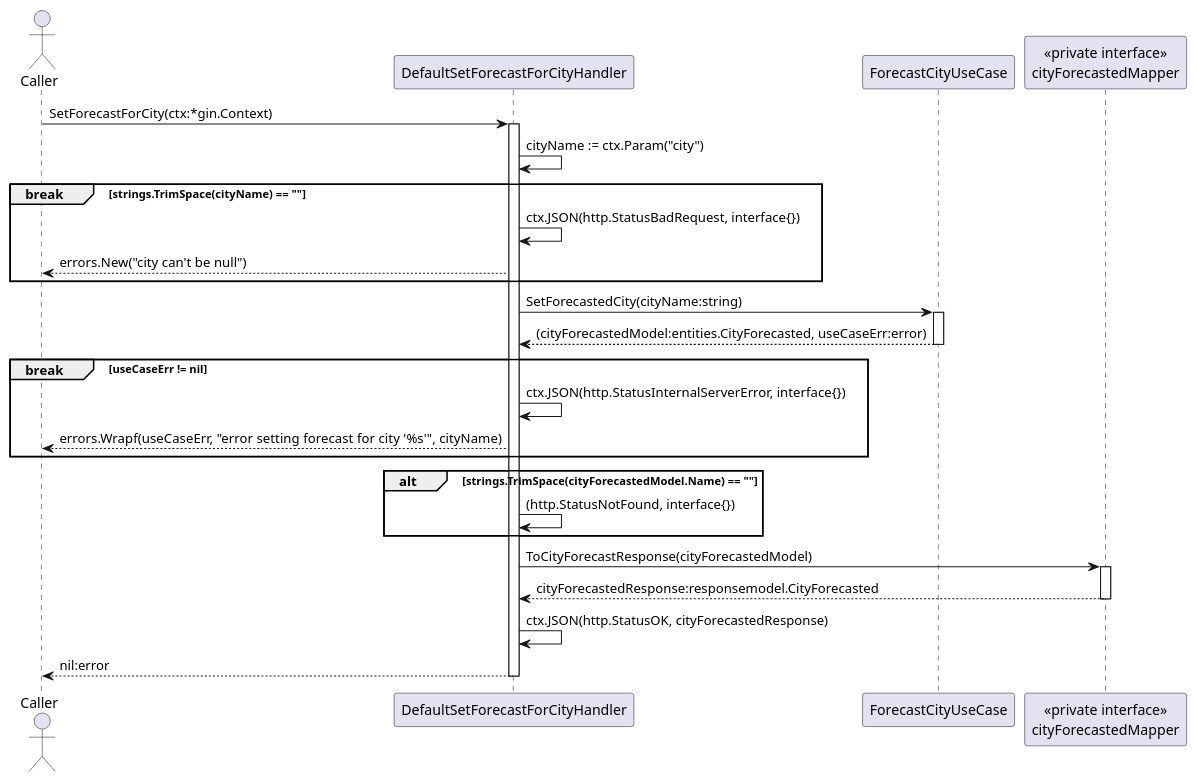
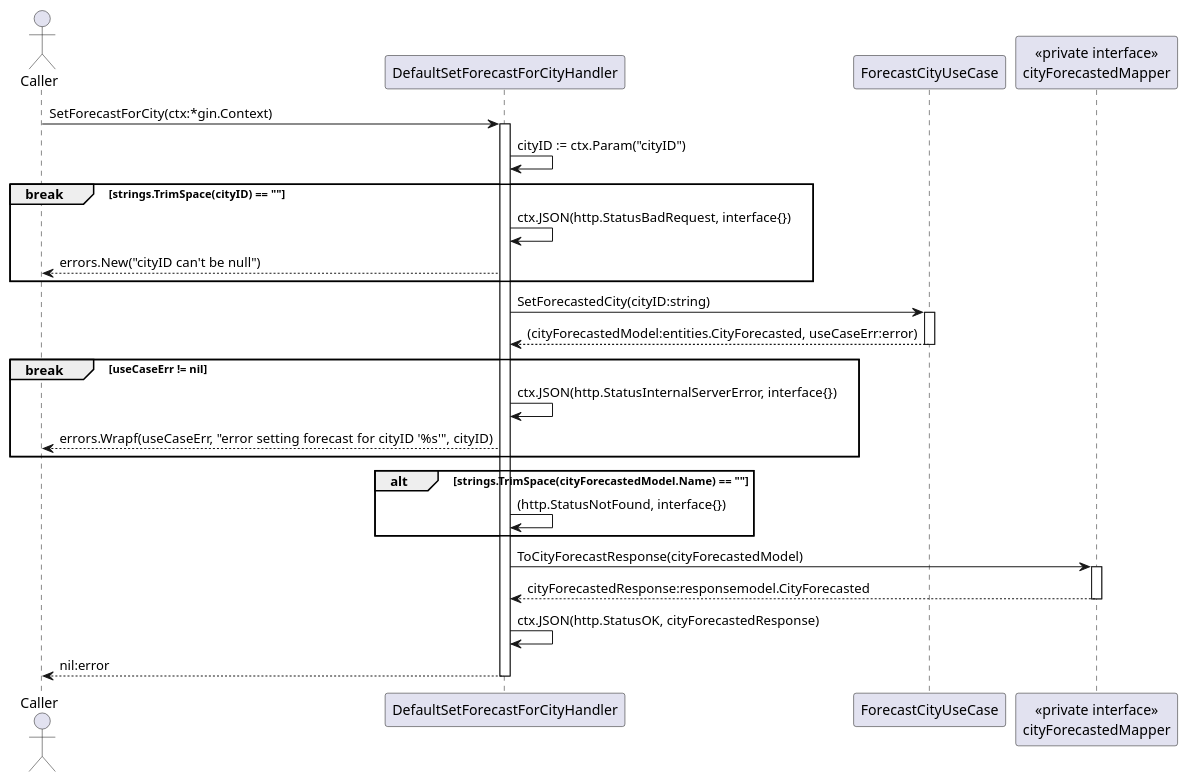
One commit to micoyeye22/TUITechHomework changed the diagram in docs/usecases/forecastcity/handler/setforecast/default_set_forecast_for_city_handler_seq.puml. Above: the diagram before and after it, drawn with PlantUML. The commit also changed 7 other files, not shown here.

Commit message:
Added API design for setting and getting forecast for city

```diff
--- a/docs/usecases/forecastcity/handler/setforecast/default_set_forecast_for_city_handler_seq.puml
+++ b/docs/usecases/forecastcity/handler/setforecast/default_set_forecast_for_city_handler_seq.puml
@@ -1,34 +1,34 @@
 @startuml
 
 actor Caller as C
 participant DefaultSetForecastForCityHandler as H
 participant ForecastCityUseCase as UC
 participant "<<private interface>>\ncityForecastedMapper" as M
 
 C -> H : SetForecastForCity(ctx:*gin.Context)
 activate H
-    H -> H : cityName := ctx.Param("city")
-    break strings.TrimSpace(cityName) == ""
+    H -> H : cityID := ctx.Param("cityID")
+    break strings.TrimSpace(cityID) == ""
         H -> H : ctx.JSON(http.StatusBadRequest, interface{})
-        H --> C : errors.New("city can't be null")
+        H --> C : errors.New("cityID can't be null")
     end
-    H -> UC : SetForecastedCity(cityName:string)
+    H -> UC : SetForecastedCity(cityID:string)
     activate UC
         H <-- UC : (cityForecastedModel:entities.CityForecasted, useCaseErr:error)
     deactivate
     break useCaseErr != nil
         H -> H : ctx.JSON(http.StatusInternalServerError, interface{})
-        H --> C : errors.Wrapf(useCaseErr, "error setting forecast for city '%s'", cityName)
+        H --> C : errors.Wrapf(useCaseErr, "error setting forecast for cityID '%s'", cityID)
     end
     alt strings.TrimSpace(cityForecastedModel.Name) == ""
         H -> H : (http.StatusNotFound, interface{})
     end
     H -> M : ToCityForecastResponse(cityForecastedModel)
     activate M
         H <-- M : cityForecastedResponse:responsemodel.CityForecasted
     deactivate
     H -> H : ctx.JSON(http.StatusOK, cityForecastedResponse)
     H --> C : nil:error
 deactivate
 
 @enduml
```
